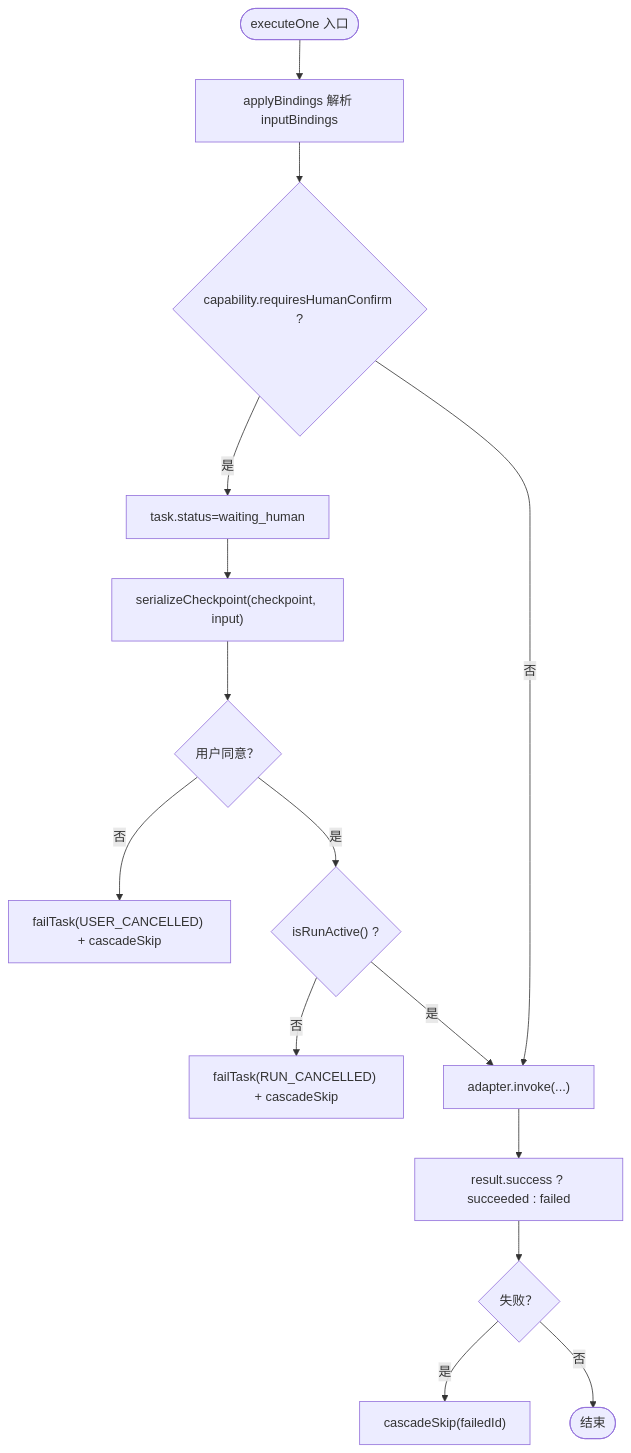
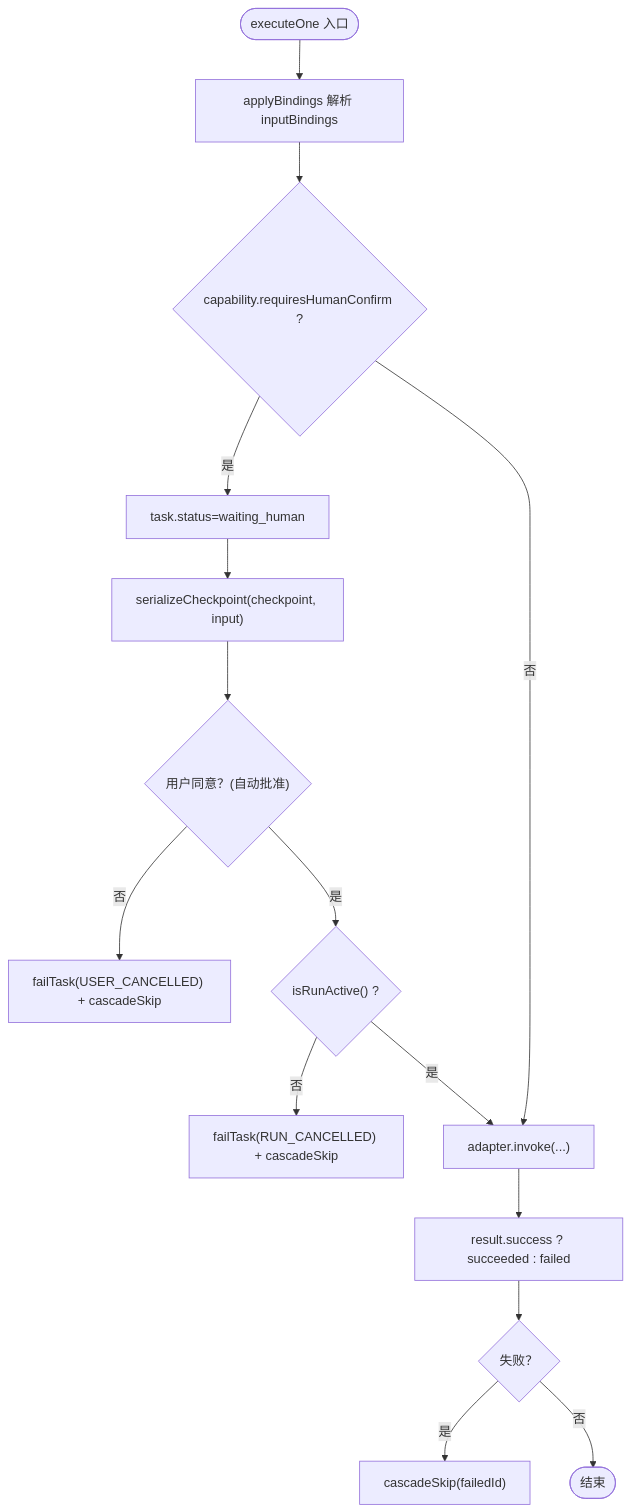
One commit to Ichi-Hackton/WAIC-WeChat-MiniProgram changed the fifth of 6 diagrams in .qoder/repowiki/zh/content/用户界面/交互层设计/检查点确认机制.md. Above: the diagram before and after it, drawn with Mermaid. The commit also changed other lines of this file and 33 other files, not shown here.

````diff
--- a/.qoder/repowiki/zh/content/用户界面/交互层设计/检查点确认机制.md
+++ b/.qoder/repowiki/zh/content/用户界面/交互层设计/检查点确认机制.md
@@ -264,17 +299,17 @@
 ```mermaid
 flowchart TD
 SStart(["executeOne 入口"]) --> Bindings["applyBindings 解析 inputBindings"]
 Bindings --> CapCheck{"capability.requiresHumanConfirm ?"}
 CapCheck --> |是| Waiting["task.status=waiting_human"]
 Waiting --> Serialize["serializeCheckpoint(checkpoint, input)"]
-Serialize --> Decision{"用户同意？"}
+Serialize --> Decision{"用户同意？(自动批准)"}
 Decision --> |否| FailUser["failTask(USER_CANCELLED) + cascadeSkip"]
 Decision --> |是| AbortCheck{"isRunActive() ?"}
 AbortCheck --> |否| FailAbort["failTask(RUN_CANCELLED) + cascadeSkip"]
 AbortCheck --> |是| Invoke["adapter.invoke(...)"]
 CapCheck --> |否| Invoke
 Invoke --> SetStatus["result.success ? succeeded : failed"]
 SetStatus --> Cascade{"失败？"}
 Cascade --> |是| CascadeSkip["cascadeSkip(failedId)"]
 Cascade --> |否| End(["结束"])
 ```
````
